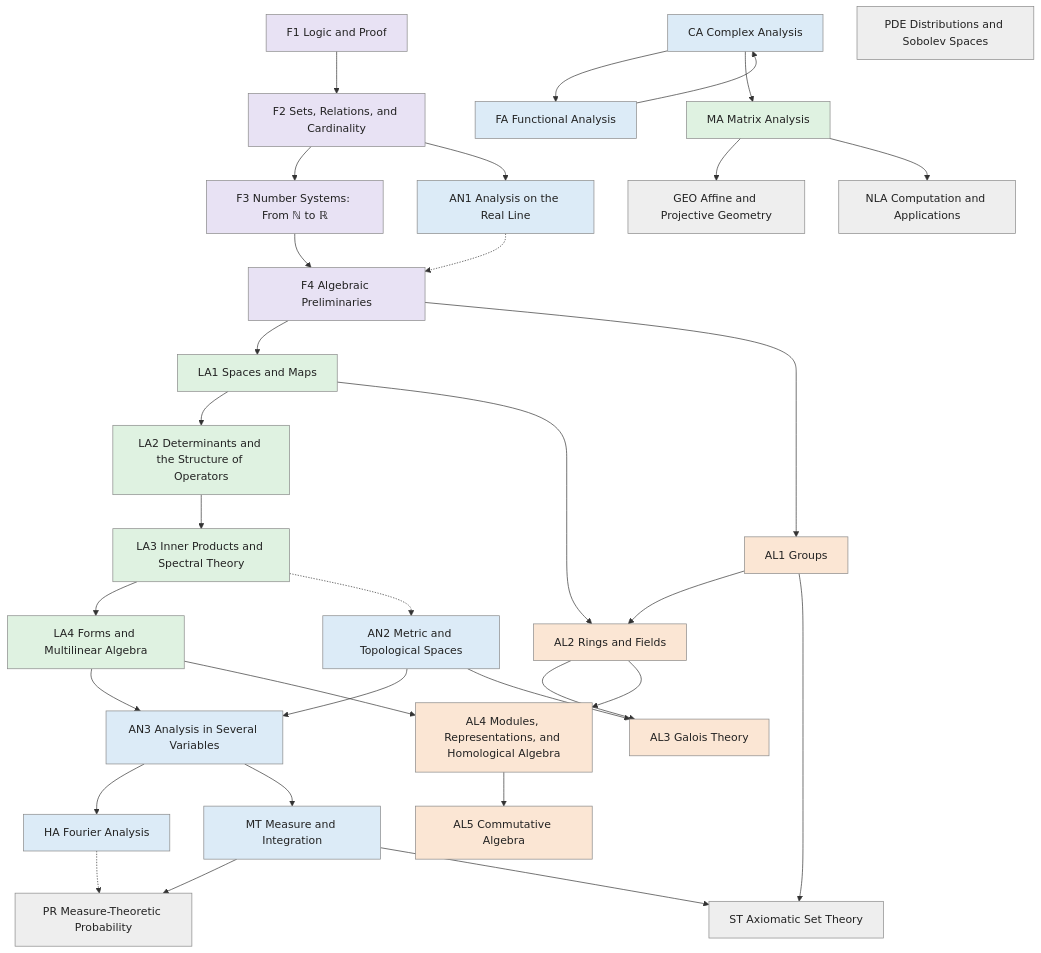
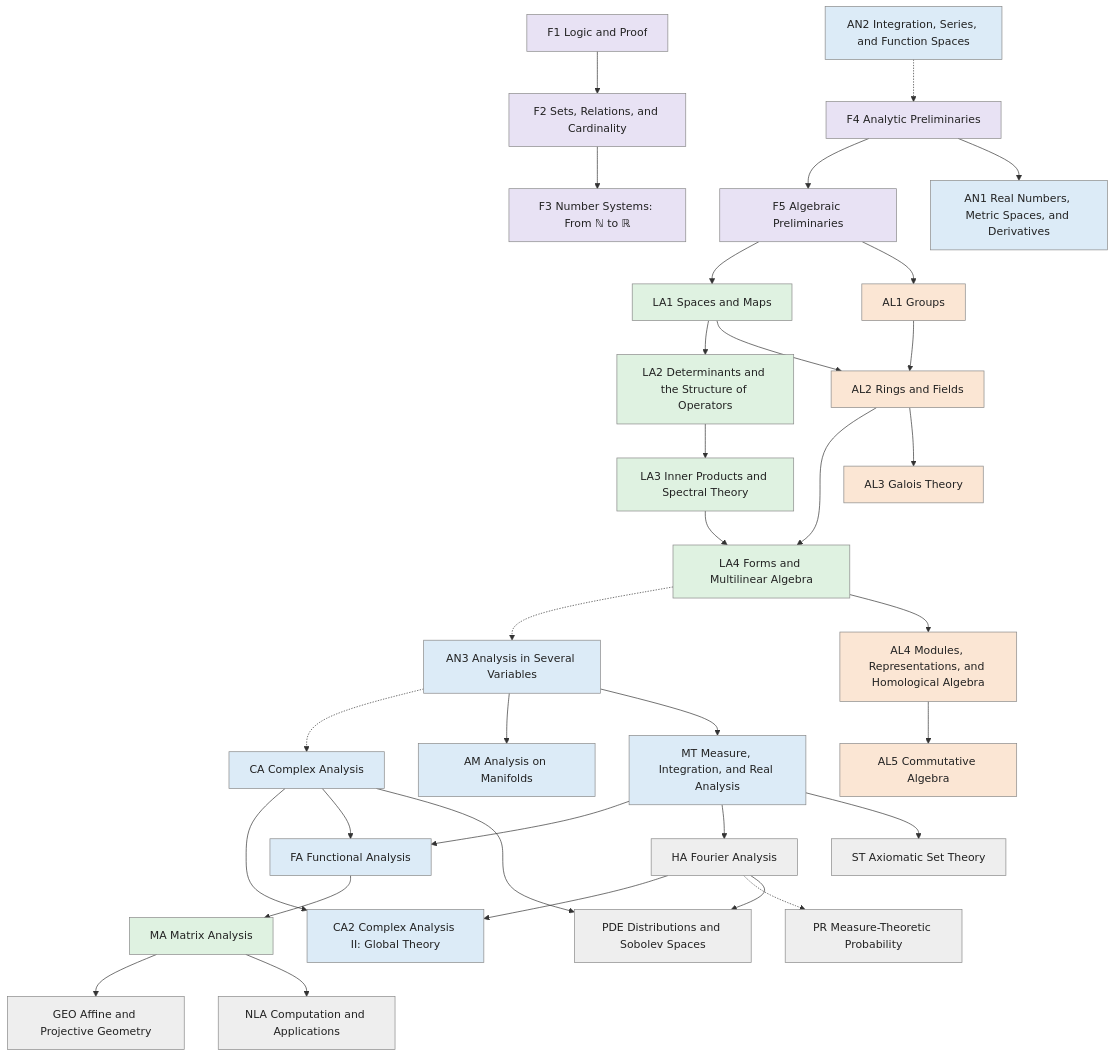
Before and after one commit to AkizumiFox/math-atlas: the first of 30 diagrams in generated/README.md, drawn with Mermaid. The commit also changed other lines of this file and 41 other files, not shown here.

Commit message:
Atlas v2 applied (spec/08 approved): F4 Analytic Preliminaries + F5 Algebraic Preliminaries; analysis line on Apostol's skeleton; CA2, AM, MT per MIRA; new exam targets

````diff
--- a/generated/README.md
+++ b/generated/README.md
@@ -7,65 +7,69 @@
 ```mermaid
 flowchart TD
   F1["F1 Logic and Proof"]:::found
   F2["F2 Sets, Relations, and Cardinality"]:::found
   F3["F3 Number Systems: From ℕ to ℝ"]:::found
-  F4["F4 Algebraic Preliminaries"]:::found
-  AN1["AN1 Analysis on the Real Line"]:::analysis
+  F4["F4 Analytic Preliminaries"]:::found
+  F5["F5 Algebraic Preliminaries"]:::found
+  AN1["AN1 Real Numbers, Metric Spaces, and Derivatives"]:::analysis
   LA1["LA1 Spaces and Maps"]:::linalg
   AL1["AL1 Groups"]:::algebra
   LA2["LA2 Determinants and the Structure of Operators"]:::linalg
   LA3["LA3 Inner Products and Spectral Theory"]:::linalg
+  AL2["AL2 Rings and Fields"]:::algebra
   LA4["LA4 Forms and Multilinear Algebra"]:::linalg
-  AN2["AN2 Metric and Topological Spaces"]:::analysis
+  AN2["AN2 Integration, Series, and Function Spaces"]:::analysis
   AN3["AN3 Analysis in Several Variables"]:::analysis
-  AL2["AL2 Rings and Fields"]:::algebra
+  CA["CA Complex Analysis"]:::analysis
   AL3["AL3 Galois Theory"]:::algebra
-  HA["HA Fourier Analysis"]:::analysis
-  MT["MT Measure and Integration"]:::analysis
-  CA["CA Complex Analysis"]:::analysis
+  CA2["CA2 Complex Analysis II: Global Theory"]:::analysis
+  AM["AM Analysis on Manifolds"]:::analysis
+  MT["MT Measure, Integration, and Real Analysis"]:::analysis
   FA["FA Functional Analysis"]:::analysis
   AL4["AL4 Modules, Representations, and Homological Algebra"]:::algebra
   AL5["AL5 Commutative Algebra"]:::algebra
   MA["MA Matrix Analysis"]:::linalg
+  HA["HA Fourier Analysis"]:::side
   PR["PR Measure-Theoretic Probability"]:::side
   PDE["PDE Distributions and Sobolev Spaces"]:::side
   GEO["GEO Affine and Projective Geometry"]:::side
   NLA["NLA Computation and Applications"]:::side
   ST["ST Axiomatic Set Theory"]:::side
   F1 --> F2
   F2 --> F3
-  AN1 -.-> F4
-  F3 --> F4
-  F2 --> AN1
-  F4 --> LA1
-  F4 --> AL1
+  AN2 -.-> F4
+  F4 --> F5
+  F4 --> AN1
+  F5 --> LA1
+  F5 --> AL1
   LA1 --> LA2
   LA2 --> LA3
-  LA3 --> LA4
-  LA3 -.-> AN2
-  AN2 --> AN3
-  LA4 --> AN3
   AL1 --> AL2
   LA1 --> AL2
+  AL2 --> LA4
+  LA3 --> LA4
+  LA4 -.-> AN3
+  AN3 -.-> CA
   AL2 --> AL3
-  AN2 --> AL3
-  AN3 --> HA
+  CA --> CA2
+  HA --> CA2
+  AN3 --> AM
   AN3 --> MT
-  FA --> CA
   CA --> FA
-  AL2 --> AL4
+  MT --> FA
   LA4 --> AL4
   AL4 --> AL5
-  CA --> MA
+  FA --> MA
+  MT --> HA
   HA -.-> PR
-  MT --> PR
+  CA --> PDE
+  HA --> PDE
   MA --> GEO
   MA --> NLA
-  AL1 --> ST
   MT --> ST
   classDef found fill:#e8e2f4,stroke:#888,color:#222
   classDef analysis fill:#dcebf7,stroke:#888,color:#222
   classDef linalg fill:#dff2e1,stroke:#888,color:#222
   classDef algebra fill:#fbe6d4,stroke:#888,color:#222
   classDef side fill:#eeeeee,stroke:#888,color:#222
 ```
````
